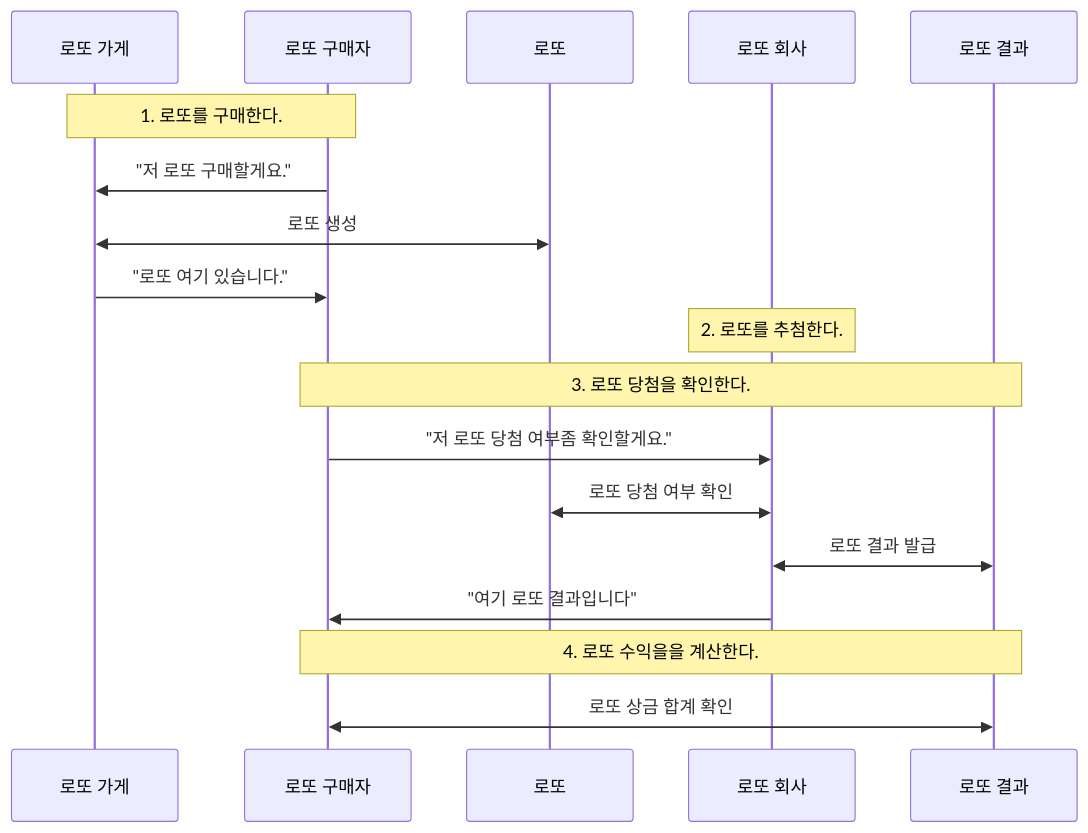
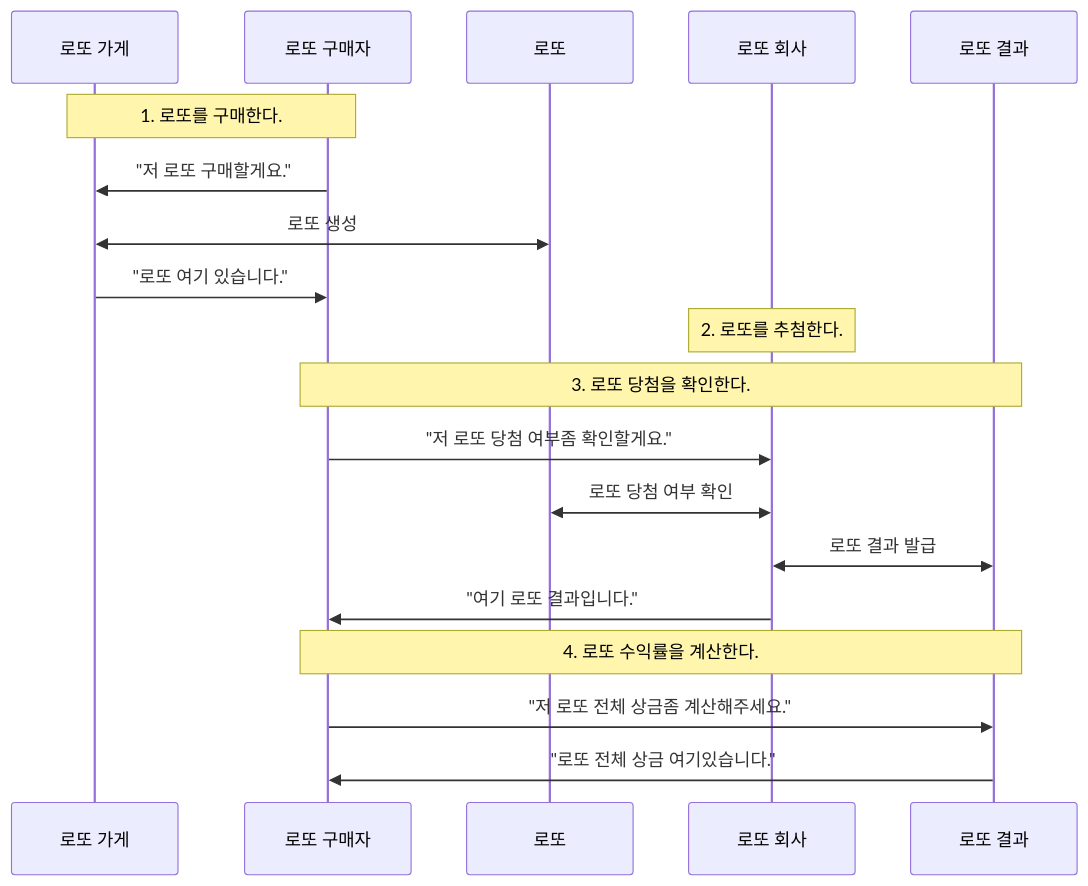
One commit to woowacourse-precourse/javascript-lotto-7 changed the first of 3 diagrams in README.md. Above: the diagram before and after it, drawn with Mermaid. The commit also changed other lines of this file, not shown here.

````diff
--- a/README.md
+++ b/README.md
@@ -23,28 +25,29 @@
 ```mermaid
 sequenceDiagram
 
     participant LottoShop as 로또 가게
     participant LottoBuyer as 로또 구매자
     participant Lotto as 로또
     participant LottoCompany as 로또 회사
     participant LottoResult as 로또 결과
 
     Note over LottoBuyer,LottoShop: 1. 로또를  구매한다.
 
     LottoBuyer->>LottoShop: "저 로또 구매할게요."
     LottoShop<<->>Lotto: 로또 생성
     LottoShop->>LottoBuyer: "로또 여기 있습니다."
 
     Note over LottoCompany: 2. 로또를 추첨한다.
 
     Note over LottoBuyer,LottoResult: 3. 로또 당첨을 확인한다.
 
     LottoBuyer->>LottoCompany: "저 로또 당첨 여부좀 확인할게요."
     LottoCompany<<->>Lotto: 로또 당첨 여부 확인
     LottoCompany<<->>LottoResult: 로또 결과 발급
-    LottoCompany->>LottoBuyer: "여기 로또 결과입니다"
+    LottoCompany->>LottoBuyer: "여기 로또 결과입니다."
 
-    Note over LottoBuyer,LottoResult: 4. 로또 수익을을 계산한다.
-    LottoBuyer<<->> LottoResult: 로또 상금 합계 확인
+    Note over LottoBuyer,LottoResult: 4. 로또 수익률을 계산한다.
+    LottoBuyer->>LottoResult: "저 로또 전체 상금좀 계산해주세요."
+    LottoResult->>LottoBuyer : "로또 전체 상금 여기있습니다."
 
 ```
````
